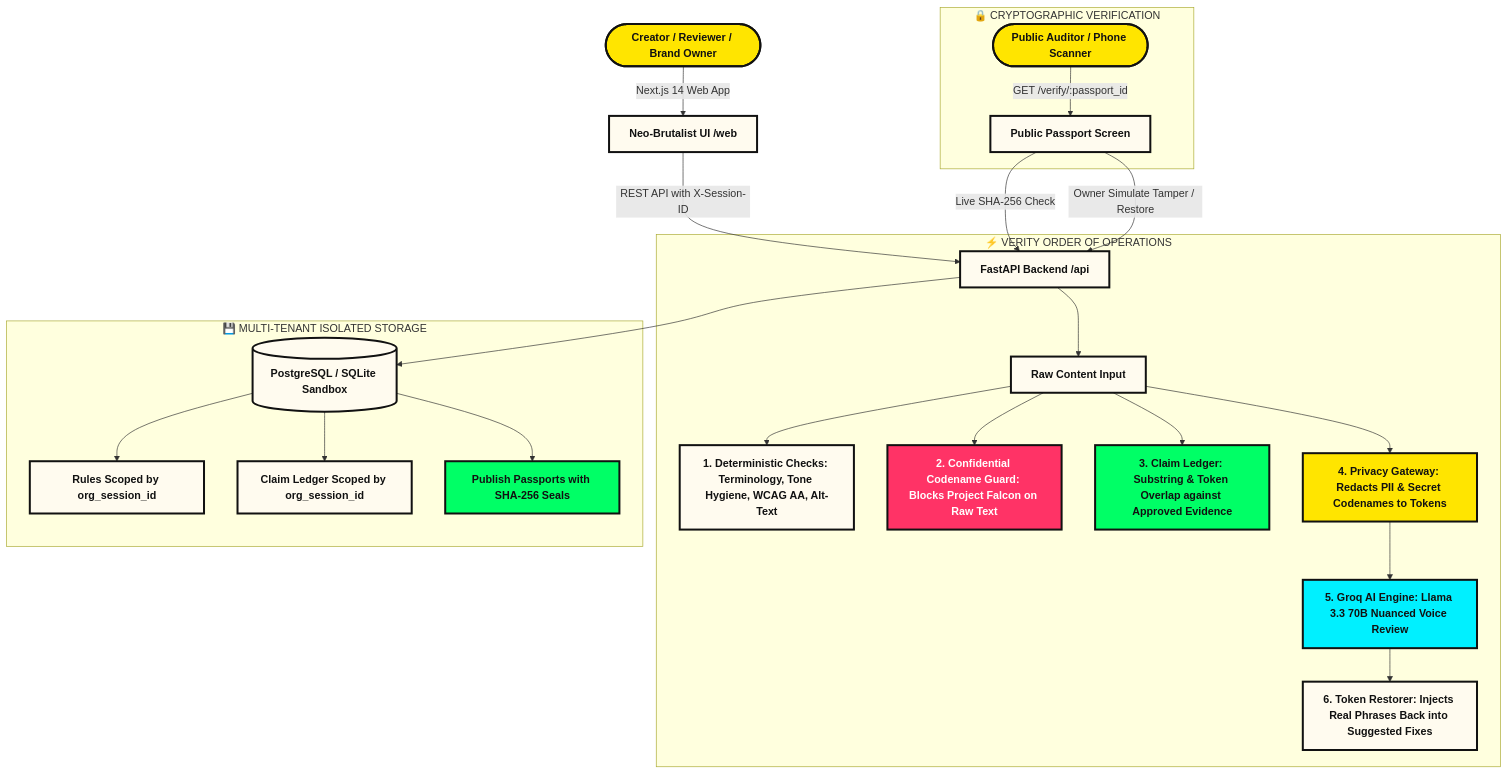
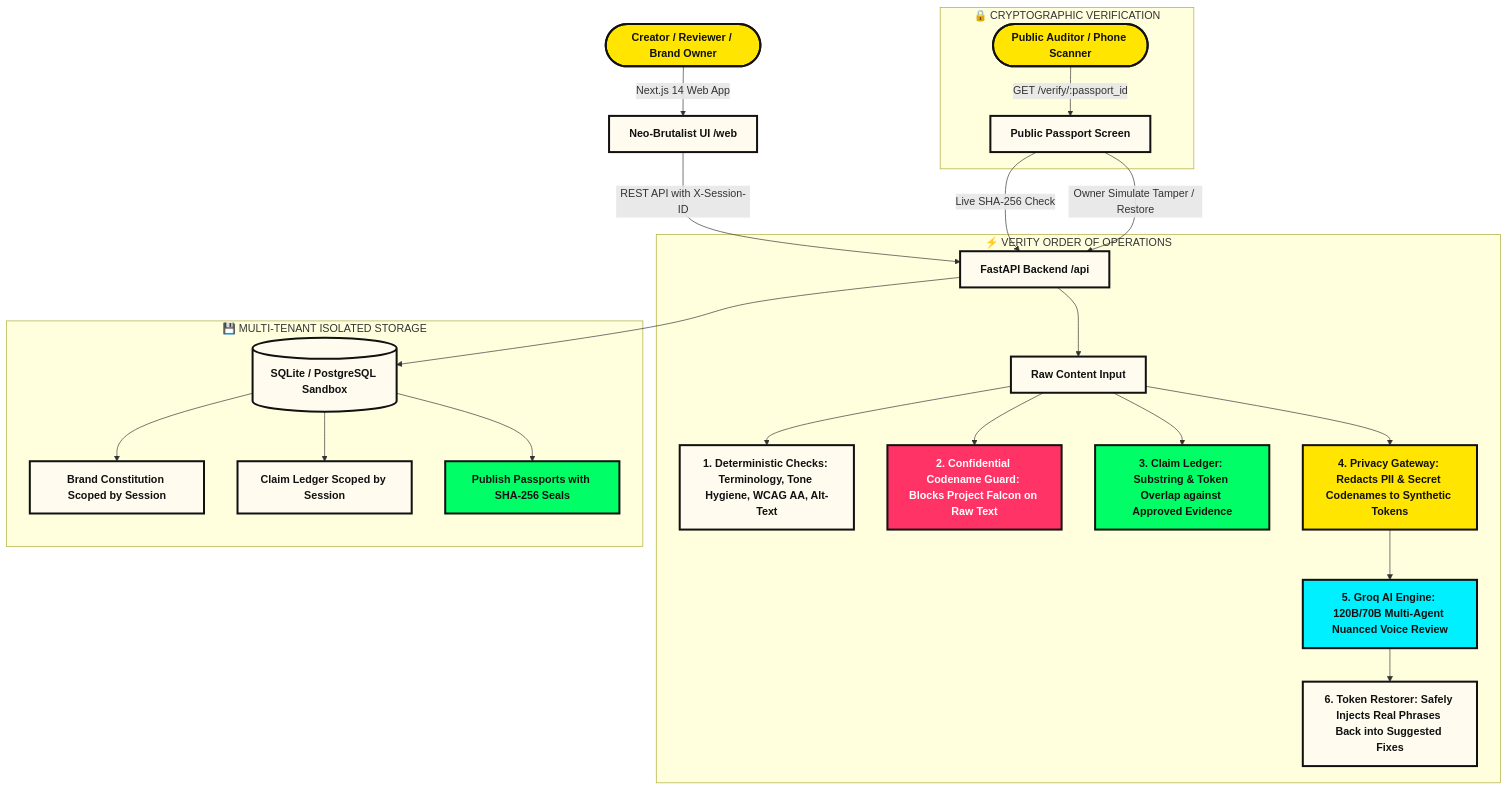
The diagram in README.md (AstroNewz/VERITY), drawn with Mermaid before and after one commit. The commit also changed other lines of this file and 3 other files, not shown here.

Commit message:
docs: decorate GitHub repository with CI badges, architecture diagrams, mobile showcase, and screenshots

````diff
--- a/README.md
+++ b/README.md
@@ -70,35 +96,35 @@
 ```mermaid
 flowchart TD
     classDef brutalBox fill:#FFFBEF,stroke:#111111,stroke-width:3px,font-weight:bold,color:#111111;
     classDef brutalYellow fill:#FFE500,stroke:#111111,stroke-width:3px,font-weight:bold,color:#111111;
     classDef brutalMint fill:#00FF66,stroke:#111111,stroke-width:3px,font-weight:bold,color:#111111;
     classDef brutalPink fill:#FF3366,stroke:#111111,stroke-width:3px,font-weight:bold,color:#ffffff;
     classDef brutalBlue fill:#00F0FF,stroke:#111111,stroke-width:3px,font-weight:bold,color:#111111;
 
     User([Creator / Reviewer / Brand Owner]):::brutalYellow -->|Next.js 14 Web App| UI[Neo-Brutalist UI /web]:::brutalBox
     UI -->|REST API with X-Session-ID| API[FastAPI Backend /api]:::brutalBox
 
     subgraph Pipeline ["⚡ VERITY ORDER OF OPERATIONS"]
         API --> Raw[Raw Content Input]:::brutalBox
         Raw --> Det[1. Deterministic Checks: Terminology, Tone Hygiene, WCAG AA, Alt-Text]:::brutalBox
         Raw --> Secret[2. Confidential Codename Guard: Blocks Project Falcon on Raw Text]:::brutalPink
         Raw --> Ledger[3. Claim Ledger: Substring & Token Overlap against Approved Evidence]:::brutalMint
         
-        Raw --> Gateway[4. Privacy Gateway: Redacts PII & Secret Codenames to Tokens]:::brutalYellow
-        Gateway --> GroqAI[5. Groq AI Engine: Llama 3.3 70B Nuanced Voice Review]:::brutalBlue
-        GroqAI --> Restorer[6. Token Restorer: Injects Real Phrases Back into Suggested Fixes]:::brutalBox
+        Raw --> Gateway[4. Privacy Gateway: Redacts PII & Secret Codenames to Synthetic Tokens]:::brutalYellow
+        Gateway --> GroqAI[5. Groq AI Engine: 120B/70B Multi-Agent Nuanced Voice Review]:::brutalBlue
+        GroqAI --> Restorer[6. Token Restorer: Safely Injects Real Phrases Back into Suggested Fixes]:::brutalBox
     end
 
     subgraph Persistence ["💾 MULTI-TENANT ISOLATED STORAGE"]
-        API --> DB[(PostgreSQL / SQLite Sandbox)]:::brutalBox
-        DB --> OrgRules[Rules Scoped by org_session_id]:::brutalBox
-        DB --> OrgLedger[Claim Ledger Scoped by org_session_id]:::brutalBox
+        API --> DB[(SQLite / PostgreSQL Sandbox)]:::brutalBox
+        DB --> OrgRules[Brand Constitution Scoped by Session]:::brutalBox
+        DB --> OrgLedger[Claim Ledger Scoped by Session]:::brutalBox
         DB --> Passports[Publish Passports with SHA-256 Seals]:::brutalMint
     end
 
     subgraph Verification ["🔒 CRYPTOGRAPHIC VERIFICATION"]
         Auditor([Public Auditor / Phone Scanner]):::brutalYellow -->|GET /verify/:passport_id| VerifyScreen[Public Passport Screen]:::brutalBox
         VerifyScreen -->|Live SHA-256 Check| API
         VerifyScreen -->|Owner Simulate Tamper / Restore| API
     end
 ```
````
